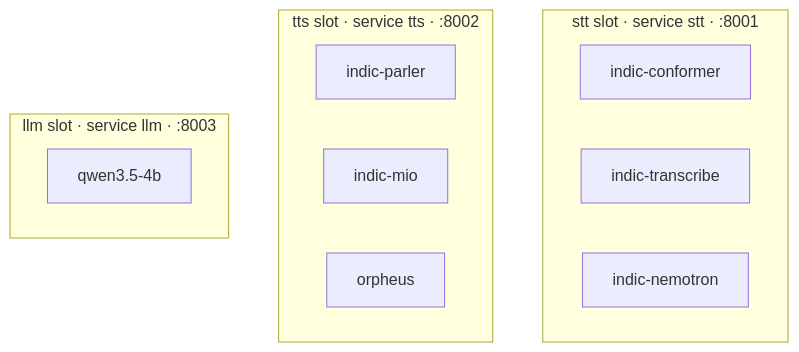
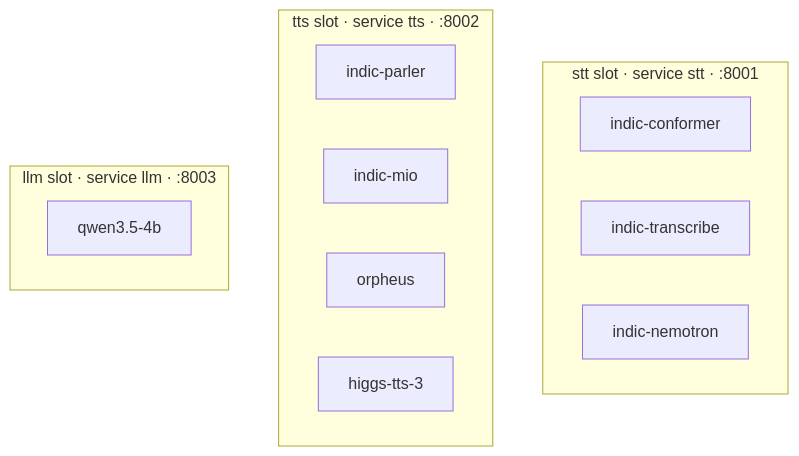
Before and after one commit to COSS-India/VoicEra: the diagram in docs/developer/model-server/slots-and-models.md, drawn with Mermaid. The commit also changed 43 other files, not shown here.

Commit message:
Add Higgs TTS 3 to the TTS slot

````diff
--- a/docs/developer/model-server/slots-and-models.md
+++ b/docs/developer/model-server/slots-and-models.md
@@ -20,16 +20,17 @@
 ```mermaid
 flowchart TB
   subgraph S["stt slot · service stt · :8001"]
     S1["indic-conformer"]
     S2["indic-transcribe"]
     S3["indic-nemotron"]
   end
   subgraph T["tts slot · service tts · :8002"]
     T1["indic-parler"]
     T2["indic-mio"]
     T3["orpheus"]
+    T4["higgs-tts-3"]
   end
   subgraph L["llm slot · service llm · :8003"]
     L1["qwen3.5-4b"]
   end
 ```
````
